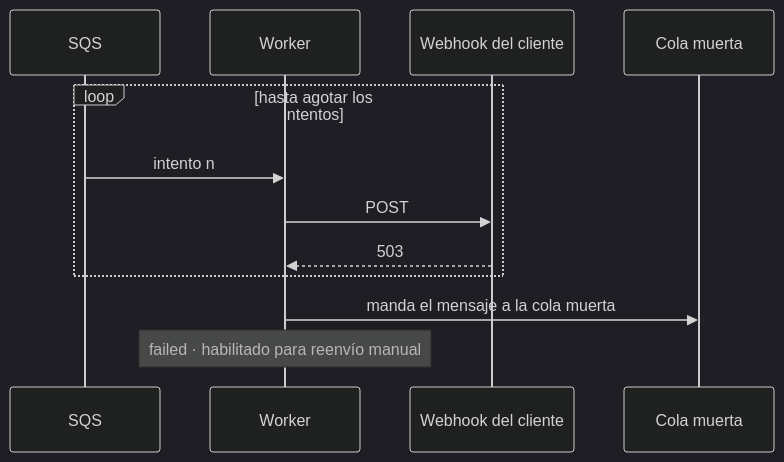
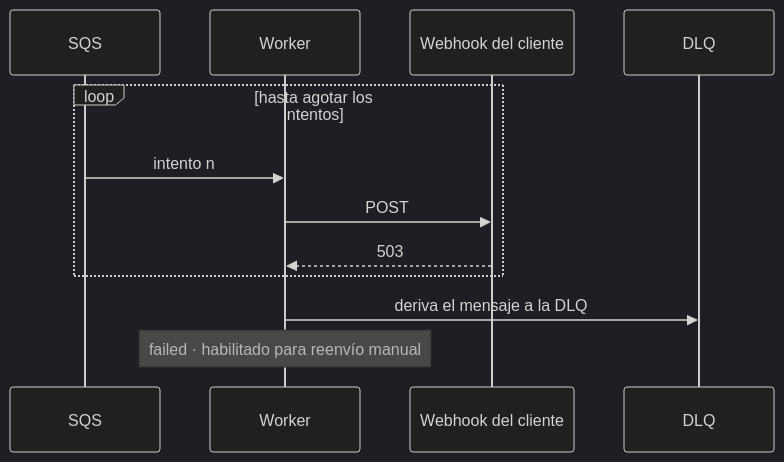
The fourth of 5 diagrams in README.md (ssalaza7/cobre-notification-delivery), drawn with Mermaid (dark theme) before and after one commit. The commit also changed other lines of this file and 14 other files, not shown here.

````diff
--- a/README.md
+++ b/README.md
@@ -149,15 +162,15 @@
 ```mermaid
 sequenceDiagram
     participant Q as SQS
     participant W as Worker
     participant C as Webhook del cliente
-    participant D as Cola muerta
+    participant D as DLQ
 
     loop hasta agotar los intentos
         Q->>W: intento n
         W->>C: POST
         C-->>W: 503
     end
-    W->>D: manda el mensaje a la cola muerta
+    W->>D: deriva el mensaje a la DLQ
     Note over W: failed · habilitado para reenvío manual
 ```
````
